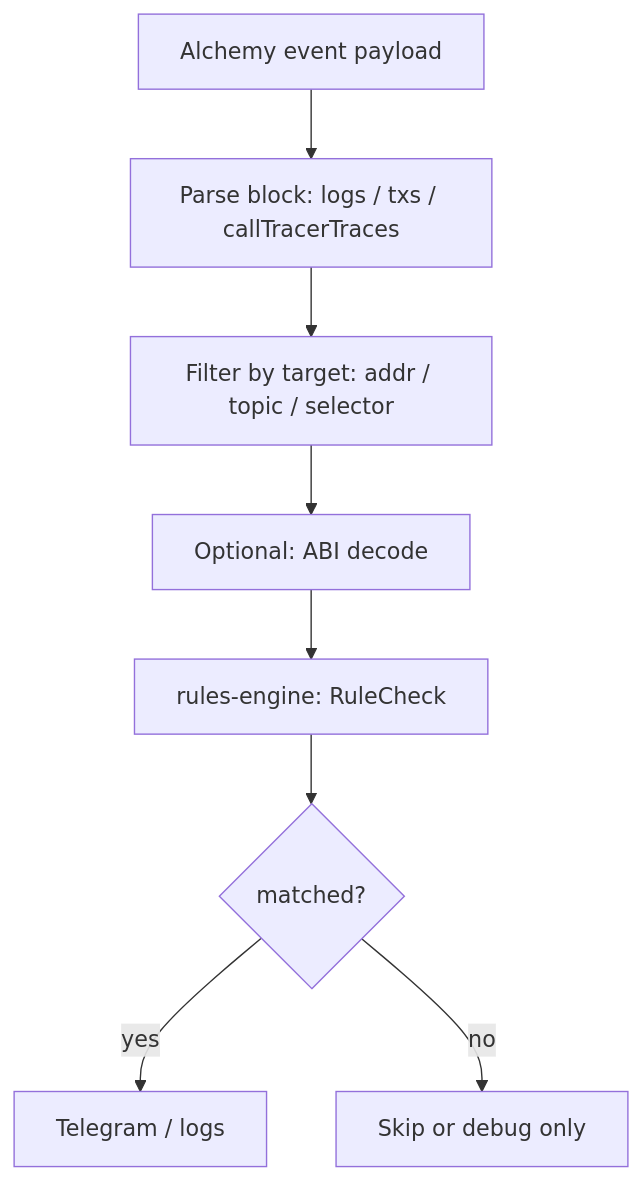
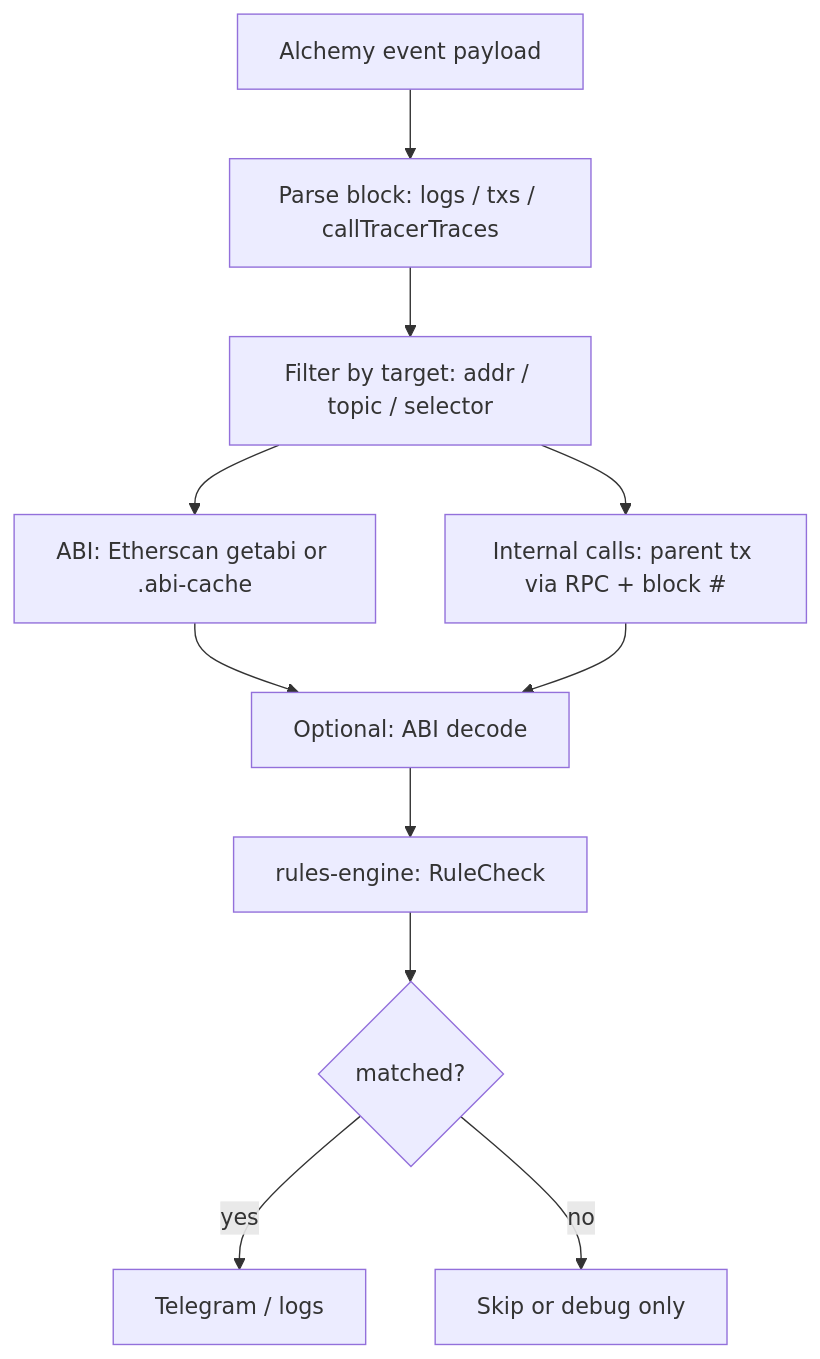
Before and after one commit to CZToTheTop/internal_tx_monitor: the diagram in docs/flowcharts/04-block-to-alert.mmd, drawn with Mermaid. The commit also changed 16 other files, not shown here.

```diff
--- a/docs/flowcharts/04-block-to-alert.mmd
+++ b/docs/flowcharts/04-block-to-alert.mmd
@@ -1,8 +1,11 @@
 flowchart TD
   EVT["Alchemy event payload"] --> PARSE["Parse block: logs / txs / callTracerTraces"]
   PARSE --> MATCH["Filter by target: addr / topic / selector"]
-  MATCH --> DEC["Optional: ABI decode"]
+  MATCH --> ABI["ABI: Etherscan getabi or .abi-cache"]
+  MATCH --> TRMAP["Internal calls: parent tx via RPC + block #"]
+  ABI --> DEC["Optional: ABI decode"]
+  TRMAP --> DEC
   DEC --> RULES["rules-engine: RuleCheck"]
   RULES --> OUT{"matched?"}
   OUT -->|yes| ALERT["Telegram / logs"]
   OUT -->|no| DROP["Skip or debug only"]
```
